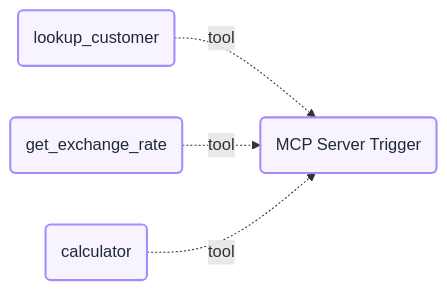
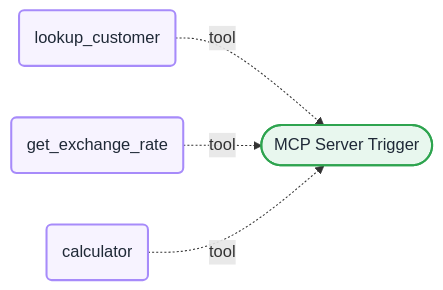
The diagram in workflows/P10-mcp-server-business-tools/README.md (callme-siva/n8n-knowledge), drawn with Mermaid before and after one commit. The commit also changed 19 other files, not shown here.

````diff
--- a/workflows/P10-mcp-server-business-tools/README.md
+++ b/workflows/P10-mcp-server-business-tools/README.md
@@ -23,18 +23,18 @@
 ```mermaid
 flowchart LR
-  n0("MCP Server Trigger"):::sub
+  n0(["MCP Server Trigger"]):::trigger
   n1("lookup_customer"):::sub
   n2("get_exchange_rate"):::sub
   n3("calculator"):::sub
   n1 -.->|tool| n0
   n2 -.->|tool| n0
   n3 -.->|tool| n0
   classDef trigger fill:#E8F7EE,stroke:#2EA44F,stroke-width:2px,color:#1F2937
   classDef ai fill:#F1EBFF,stroke:#7C3AED,stroke-width:2px,color:#1F2937
   classDef sub fill:#F7F3FF,stroke:#A78BFA,stroke-width:2px,color:#1F2937
   classDef logic fill:#FFF4E5,stroke:#F59E0B,stroke-width:2px,color:#1F2937
   classDef code fill:#EEF2F7,stroke:#64748B,stroke-width:2px,color:#1F2937
   classDef data fill:#EAF3FF,stroke:#2563EB,stroke-width:2px,color:#1F2937
   classDef http fill:#E6FAF8,stroke:#0D9488,stroke-width:2px,color:#1F2937
   classDef msg fill:#FFEDEF,stroke:#E11D48,stroke-width:2px,color:#1F2937
 ```
````
